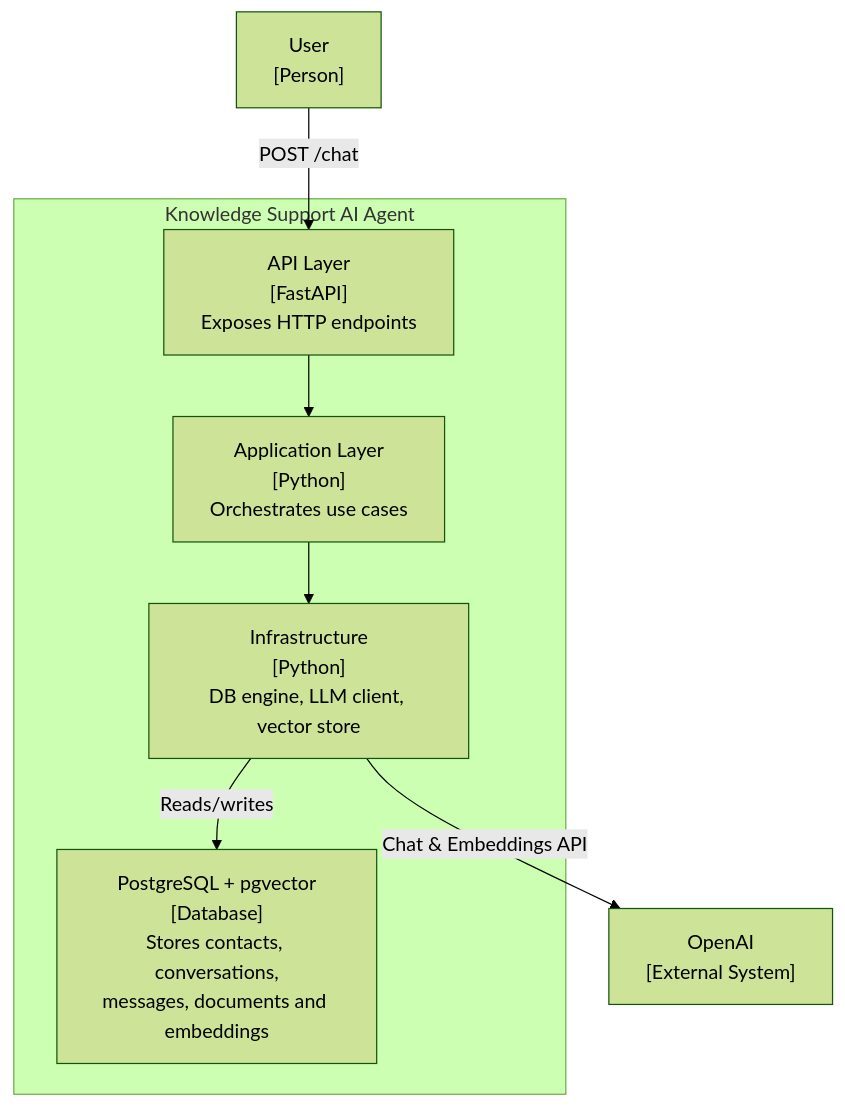
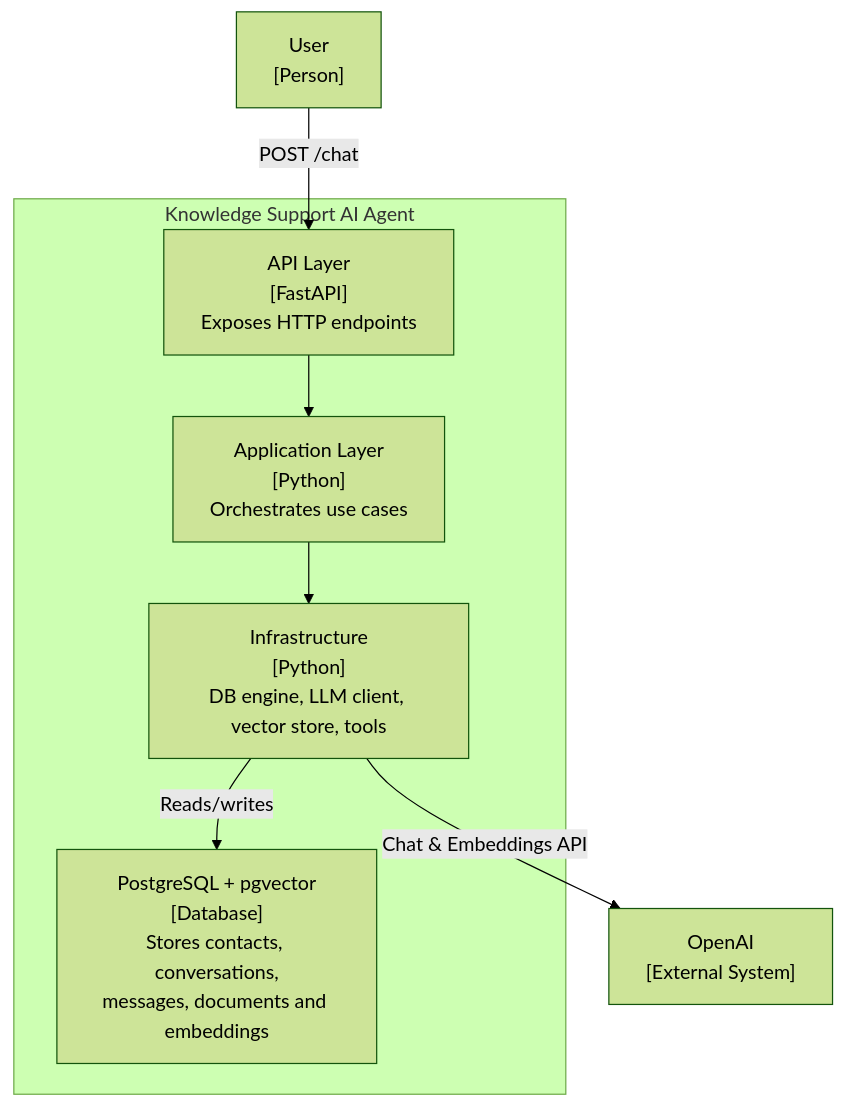
Before and after one commit to camercadop/knowledge-support-ai-agent: the second of 3 diagrams in docs/architecture.md, drawn with Mermaid (forest theme). The commit also changed other lines of this file and 2 other files, not shown here.

````diff
--- a/docs/architecture.md
+++ b/docs/architecture.md
@@ -23,18 +23,18 @@
 ```mermaid
 flowchart TB
     user["User\n[Person]"]
     openai["OpenAI\n[External System]"]
 
     subgraph agent["Knowledge Support AI Agent"]
         api["API Layer\n[FastAPI]\nExposes HTTP endpoints"]
         app["Application Layer\n[Python]\nOrchestrates use cases"]
-        infra["Infrastructure\n[Python]\nDB engine, LLM client, vector store"]
+        infra["Infrastructure\n[Python]\nDB engine, LLM client, vector store, tools"]
         db["PostgreSQL + pgvector\n[Database]\nStores contacts, conversations,\nmessages, documents and embeddings"]
     end
 
     user -->|"POST /chat"| api
     api --> app
     app --> infra
     infra -->|"Chat & Embeddings API"| openai
     infra -->|"Reads/writes"| db
 ```
````
